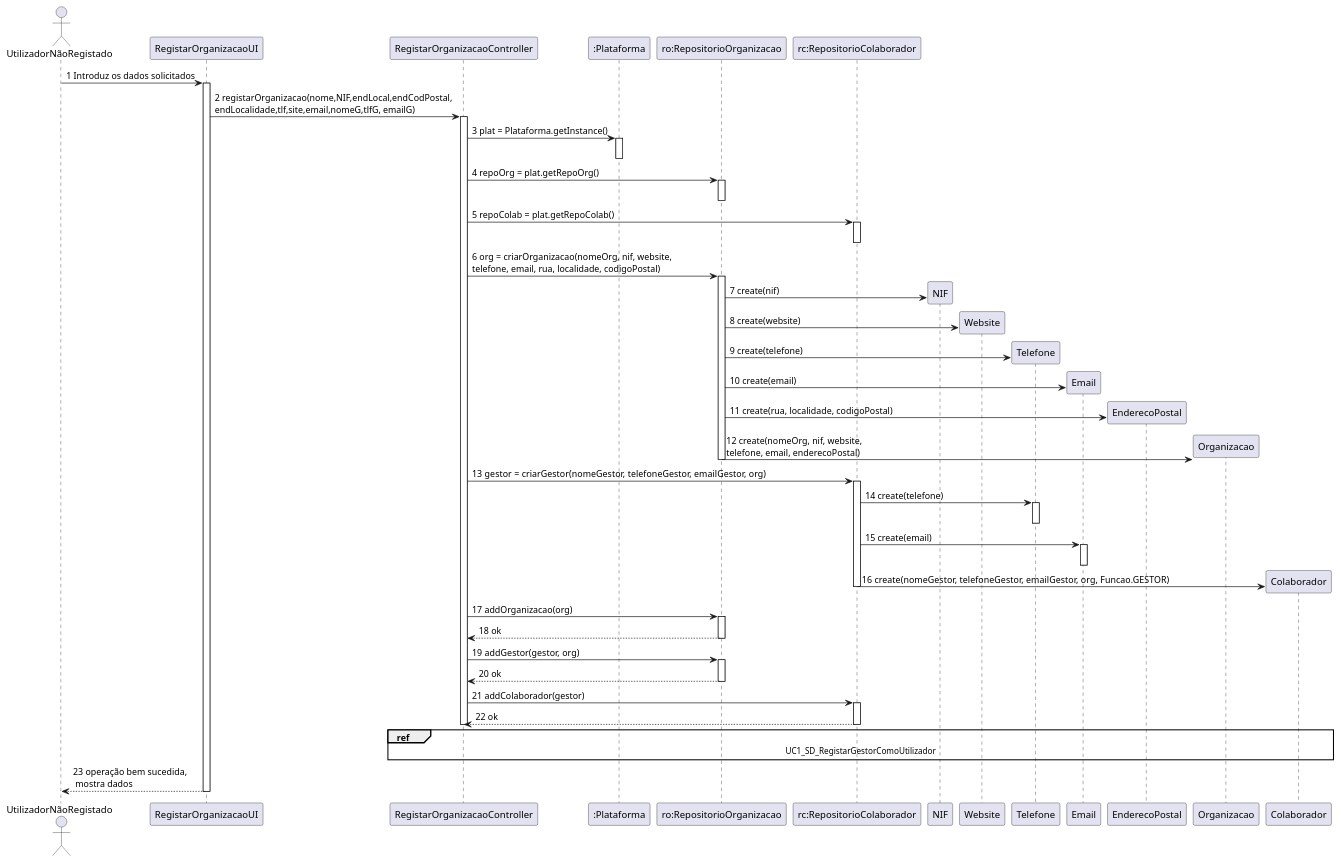
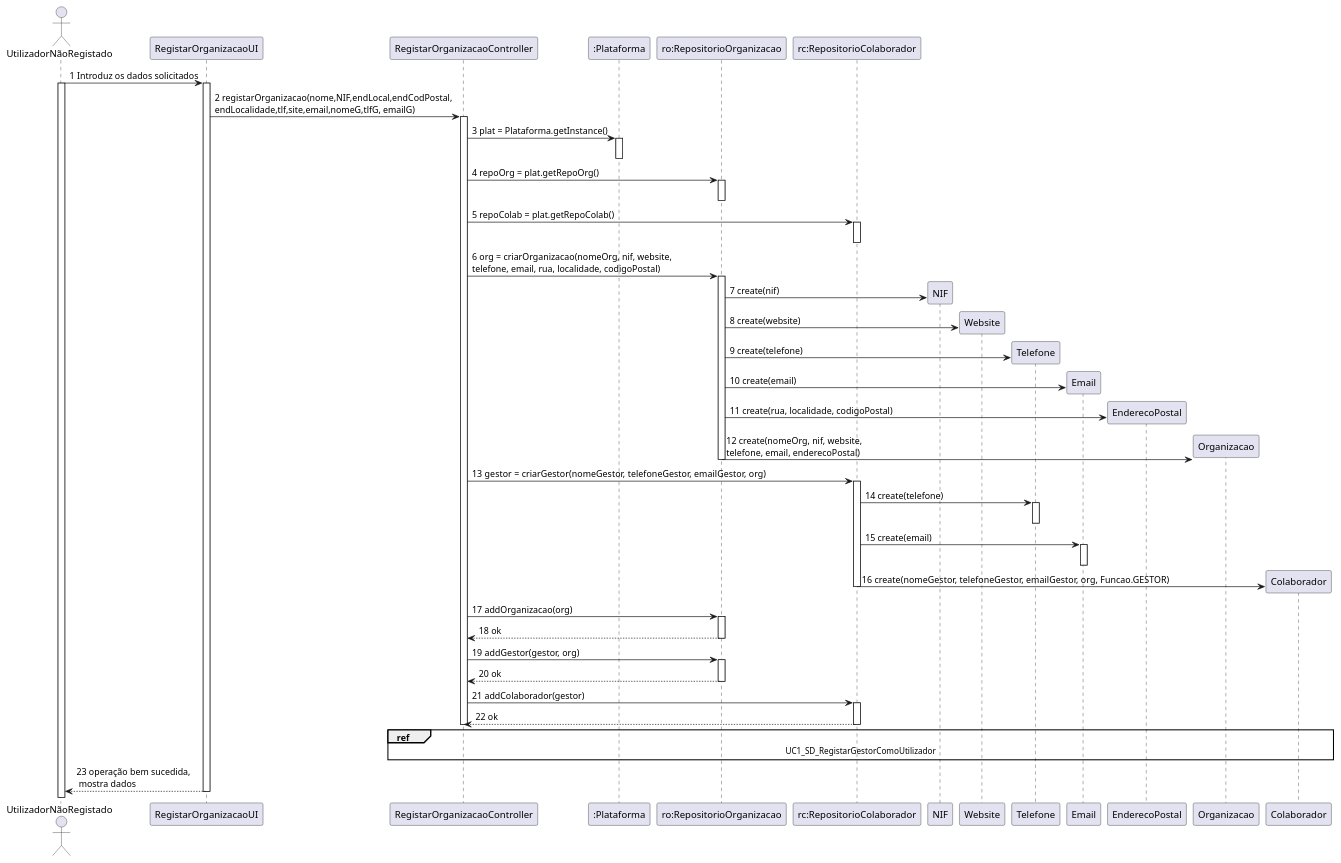
The diagram in Sprint 2/UC1_Registar_Organização/UC1-SequenceDiagram.plantuml (pedro-miguez/upskill_java1_labprg_grupo3), drawn with PlantUML before and after one commit.

```diff
--- a/Sprint 2/UC1_Registar_Organização/UC1-SequenceDiagram.plantuml
+++ b/Sprint 2/UC1_Registar_Organização/UC1-SequenceDiagram.plantuml
@@ -1,51 +1,52 @@
 @startuml 
 actor UtilizadorNãoRegistado as UtilizadorNãoRegistado
 UtilizadorNãoRegistado -> "RegistarOrganizacaoUI" : 1 Introduz os dados solicitados
+activate UtilizadorNãoRegistado
 activate "RegistarOrganizacaoUI"
 "RegistarOrganizacaoUI" -> "RegistarOrganizacaoController" : 2 registarOrganizacao(nome,NIF,endLocal,endCodPostal,\nendLocalidade,tlf,site,email,nomeG,tlfG, emailG)
 activate "RegistarOrganizacaoController"
 "RegistarOrganizacaoController" -> ":Plataforma" : 3 plat = Plataforma.getInstance()
 activate ":Plataforma"
 deactivate ":Plataforma"
 "RegistarOrganizacaoController" -> "ro:RepositorioOrganizacao" : 4 repoOrg = plat.getRepoOrg()
 activate "ro:RepositorioOrganizacao"
 deactivate "ro:RepositorioOrganizacao"
 "RegistarOrganizacaoController" -> "rc:RepositorioColaborador" : 5 repoColab = plat.getRepoColab()
 activate "rc:RepositorioColaborador"
 deactivate "rc:RepositorioColaborador"
 "RegistarOrganizacaoController" -> "ro:RepositorioOrganizacao" : 6 org = criarOrganizacao(nomeOrg, nif, website, \ntelefone, email, rua, localidade, codigoPostal)
 activate "ro:RepositorioOrganizacao"
 "ro:RepositorioOrganizacao" -> NIF ** : 7 create(nif)
 "ro:RepositorioOrganizacao" -> Website ** : 8 create(website)
 "ro:RepositorioOrganizacao" -> Telefone ** : 9 create(telefone)
 "ro:RepositorioOrganizacao" -> Email ** : 10 create(email)
 "ro:RepositorioOrganizacao" -> EnderecoPostal ** : 11 create(rua, localidade, codigoPostal)
 "ro:RepositorioOrganizacao" -> Organizacao ** : 12 create(nomeOrg, nif, website, \ntelefone, email, enderecoPostal)
 deactivate "ro:RepositorioOrganizacao"
 "RegistarOrganizacaoController" -> "rc:RepositorioColaborador" : 13 gestor = criarGestor(nomeGestor, telefoneGestor, emailGestor, org)
 activate "rc:RepositorioColaborador"
 "rc:RepositorioColaborador" -> Telefone : 14 create(telefone)
 activate Telefone
 deactivate Telefone
 "rc:RepositorioColaborador" -> Email : 15 create(email)
 activate Email
 deactivate Email
 "rc:RepositorioColaborador" -> Colaborador ** : 16 create(nomeGestor, telefoneGestor, emailGestor, org, Funcao.GESTOR)
 deactivate "rc:RepositorioColaborador"
 "RegistarOrganizacaoController" -> "ro:RepositorioOrganizacao" : 17 addOrganizacao(org)
 activate "ro:RepositorioOrganizacao"
 "RegistarOrganizacaoController" <-- "ro:RepositorioOrganizacao" : 18 ok
 deactivate "ro:RepositorioOrganizacao"
 "RegistarOrganizacaoController" -> "ro:RepositorioOrganizacao" : 19 addGestor(gestor, org)
 activate "ro:RepositorioOrganizacao"
 "RegistarOrganizacaoController" <-- "ro:RepositorioOrganizacao" : 20 ok
 deactivate "ro:RepositorioOrganizacao"
 "RegistarOrganizacaoController" -> "rc:RepositorioColaborador" : 21 addColaborador(gestor)
 activate "rc:RepositorioColaborador"
 "RegistarOrganizacaoController" <-- "rc:RepositorioColaborador" : 22 ok
 deactivate "rc:RepositorioColaborador"
 ref over RegistarOrganizacaoController, Colaborador : UC1_SD_RegistarGestorComoUtilizador
 deactivate "RegistarOrganizacaoController"
 "RegistarOrganizacaoUI" --> UtilizadorNãoRegistado : 23 operação bem sucedida, \n mostra dados
 deactivate "RegistarOrganizacaoUI"
 @enduml
```
